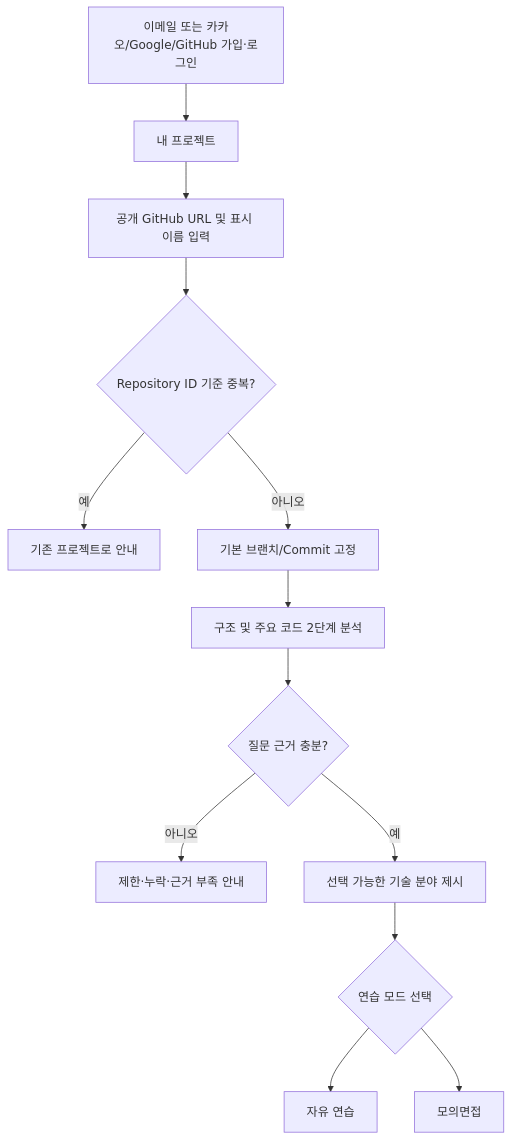
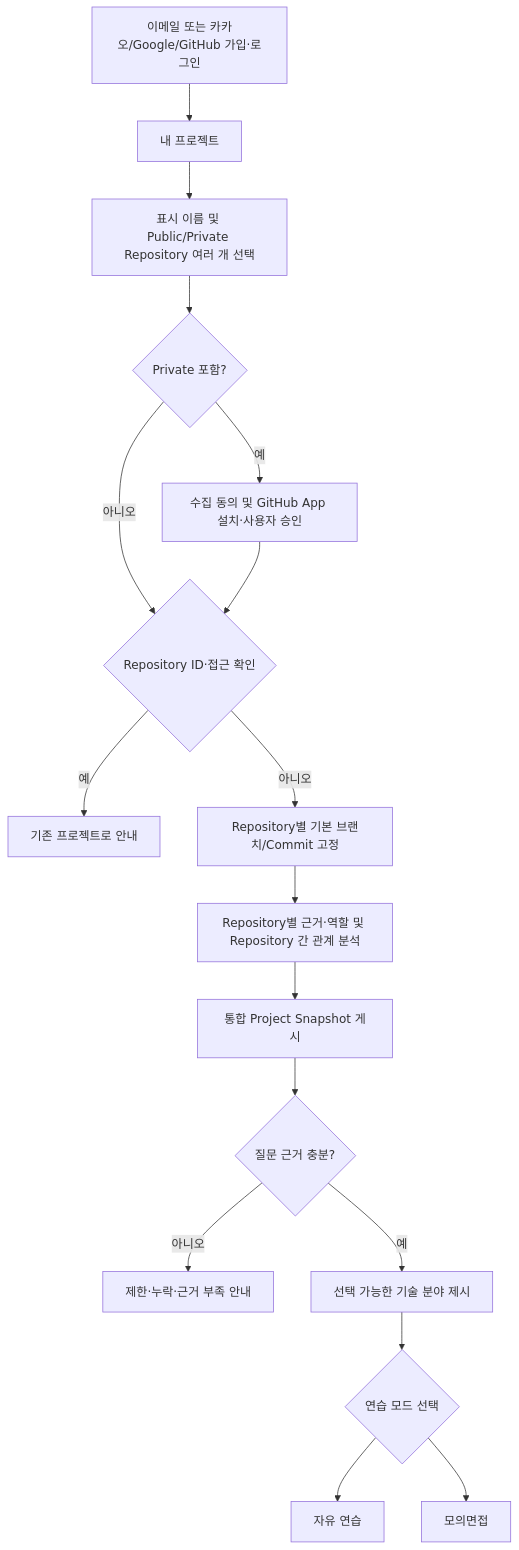
Before and after one commit to thedevfield/DevField-Platform: the first of 5 diagrams in docs/products/repoq/PRD.md, drawn with Mermaid. The commit also changed other lines of this file and 6 other files, not shown here.

````diff
--- a/docs/products/repoq/PRD.md
+++ b/docs/products/repoq/PRD.md
@@ -239,15 +246,19 @@
 ```mermaid
 flowchart TD
     A[이메일 또는 카카오/Google/GitHub 가입·로그인] --> B[내 프로젝트]
-    B --> C[공개 GitHub URL 및 표시 이름 입력]
-    C --> D{Repository ID 기준 중복?}
+    B --> C[표시 이름 및 Public/Private Repository 여러 개 선택]
+    C --> P{Private 포함?}
+    P -- 예 --> Q[수집 동의 및 GitHub App 설치·사용자 승인]
+    P -- 아니오 --> D{Repository ID·접근 확인}
+    Q --> D
     D -- 예 --> E[기존 프로젝트로 안내]
-    D -- 아니오 --> F[기본 브랜치/Commit 고정]
-    F --> G[구조 및 주요 코드 2단계 분석]
-    G --> H{질문 근거 충분?}
+    D -- 아니오 --> F[Repository별 기본 브랜치/Commit 고정]
+    F --> G[Repository별 근거·역할 및 Repository 간 관계 분석]
+    G --> S[통합 Project Snapshot 게시]
+    S --> H{질문 근거 충분?}
     H -- 아니오 --> I[제한·누락·근거 부족 안내]
     H -- 예 --> J[선택 가능한 기술 분야 제시]
     J --> K{연습 모드 선택}
     K --> L[자유 연습]
     K --> M[모의면접]
 ```
````
